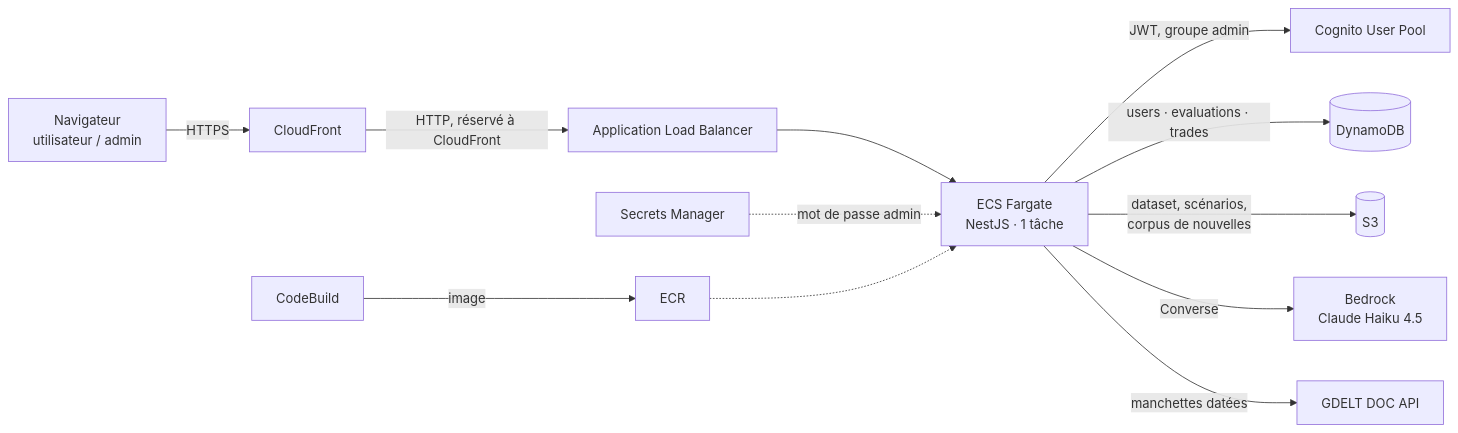
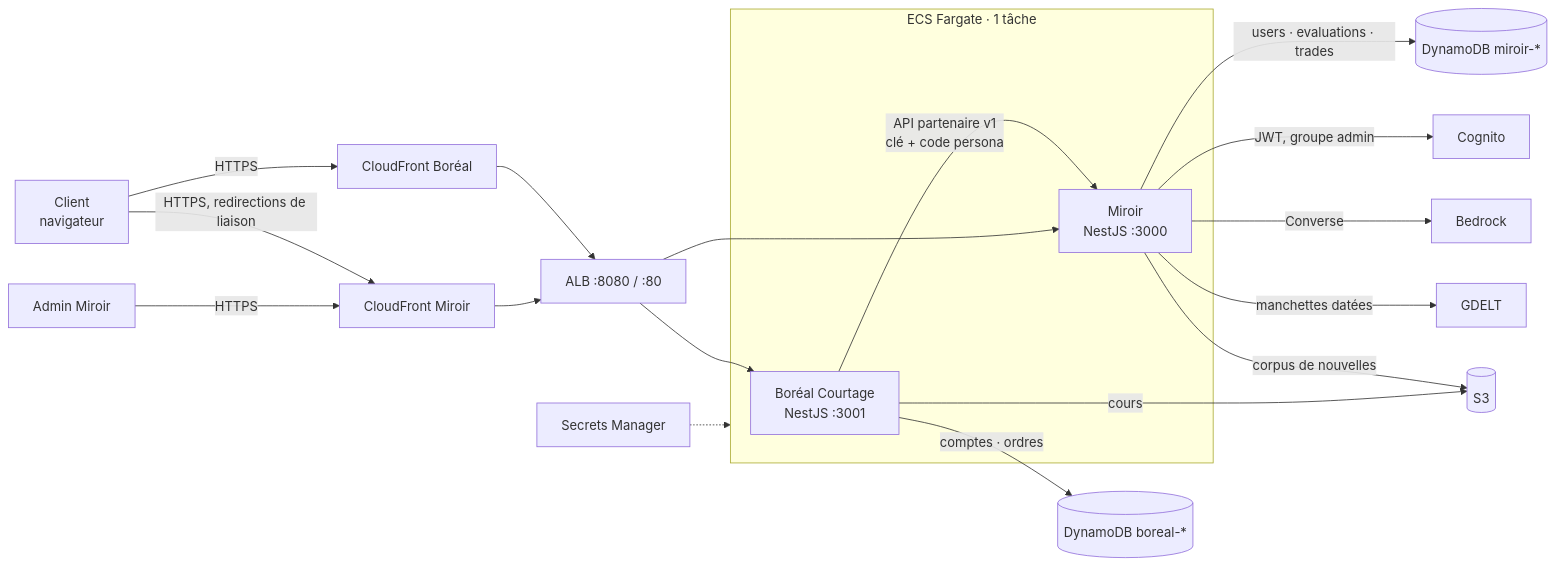
Before and after one commit to NakbeWalid/WorthKnowing: the diagram in README.md, drawn with Mermaid. The commit also changed other lines of this file and 6 other files, not shown here.

First line of the commit message:
Infra à deux conteneurs, README et passation Kiro pour la séparation Boréal / Miroir

````diff
--- a/README.md
+++ b/README.md
@@ -91,13 +108,23 @@
 ```mermaid
 flowchart LR
-  U[Navigateur<br/>utilisateur / admin] -->|HTTPS| CF[CloudFront]
-  CF -->|HTTP, réservé à CloudFront| ALB[Application Load Balancer]
-  ALB --> APP[ECS Fargate<br/>NestJS · 1 tâche]
-  APP -->|JWT, groupe admin| COG[Cognito User Pool]
-  APP -->|users · evaluations · trades| DDB[(DynamoDB)]
-  APP -->|dataset, scénarios,<br/>corpus de nouvelles| S3[(S3)]
-  APP -->|Converse| BR[Bedrock<br/>Claude Haiku 4.5]
-  APP -->|manchettes datées| GD[GDELT DOC API]
-  SM[Secrets Manager] -.->|mot de passe admin| APP
-  CB[CodeBuild] -->|image| ECR[ECR] -.-> APP
+  UB[Client<br/>navigateur] -->|HTTPS| CFB[CloudFront Boréal]
+  UB -->|HTTPS, redirections de liaison| CFM[CloudFront Miroir]
+  AD[Admin Miroir] -->|HTTPS| CFM
+  CFB --> ALB[ALB :8080 / :80]
+  CFM --> ALB
+  subgraph TASK[ECS Fargate · 1 tâche]
+    BANK[Boréal Courtage<br/>NestJS :3001]
+    MIR[Miroir<br/>NestJS :3000]
+    BANK -->|API partenaire v1<br/>clé + code persona| MIR
+  end
+  ALB --> BANK
+  ALB --> MIR
+  BANK -->|comptes · ordres| DDBB[(DynamoDB boreal-*)]
+  MIR -->|users · evaluations · trades| DDB[(DynamoDB miroir-*)]
+  MIR -->|JWT, groupe admin| COG[Cognito]
+  MIR -->|Converse| BR[Bedrock]
+  MIR -->|manchettes datées| GD[GDELT]
+  MIR -->|corpus de nouvelles| S3[(S3)]
+  BANK -->|cours| S3
+  SM[Secrets Manager] -.-> TASK
 ```
````
